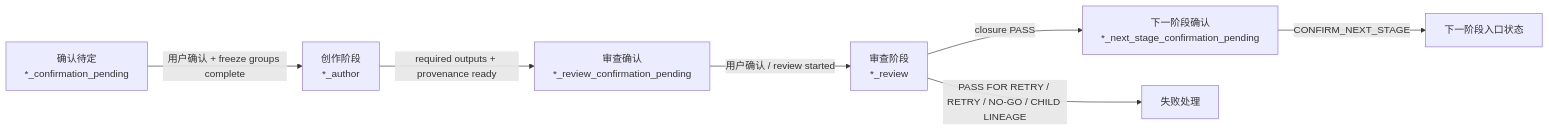
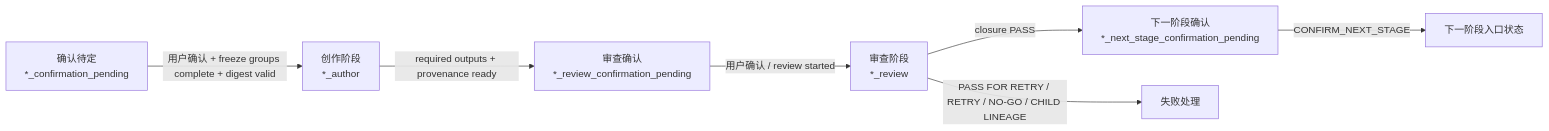
The eighth of 10 diagrams in docs/guides/how-qros-works.md (web3qt/quant-research-os), drawn with Mermaid before and after one commit. The commit also changed other lines of this file and 69 other files, not shown here.

Commit message:
Enforce freeze draft digest gates

````diff
--- a/docs/guides/how-qros-works.md
+++ b/docs/guides/how-qros-works.md
@@ -281,9 +281,9 @@
 ```mermaid
 graph LR
-    A["确认待定<br/>*_confirmation_pending"] -->|"用户确认 + freeze groups complete"| B["创作阶段<br/>*_author"]
+    A["确认待定<br/>*_confirmation_pending"] -->|"用户确认 + freeze groups complete + digest valid"| B["创作阶段<br/>*_author"]
     B -->|"required outputs + provenance ready"| C["审查确认<br/>*_review_confirmation_pending"]
     C -->|"用户确认 / review started"| D["审查阶段<br/>*_review"]
     D -->|"closure PASS"| E["下一阶段确认<br/>*_next_stage_confirmation_pending"]
     D -->|"PASS FOR RETRY / RETRY / NO-GO / CHILD LINEAGE"| F["失败处理"]
     E -->|"CONFIRM_NEXT_STAGE"| A2["下一阶段入口状态"]
 ```
````
